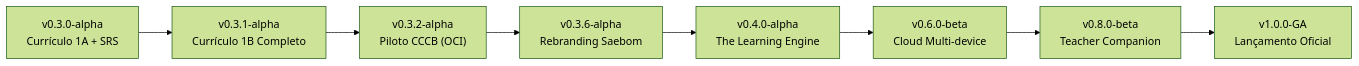
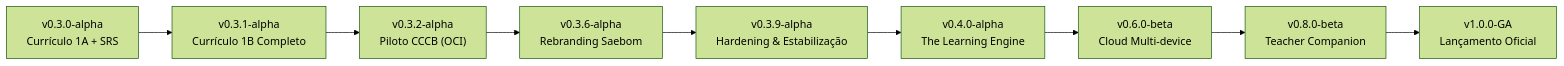
Before and after one commit to EvertonKaylon/sejong-companion: the diagram in DESIGN.md, drawn with Mermaid (forest theme). The commit also changed other lines of this file and 23 other files, not shown here.

````diff
--- a/DESIGN.md
+++ b/DESIGN.md
@@ -335,10 +335,11 @@
 ```mermaid
 flowchart LR
     A1["v0.3.0-alpha<br/>Currículo 1A + SRS"] --> A2["v0.3.1-alpha<br/>Currículo 1B Completo"]
     A2 --> A3["v0.3.2-alpha<br/>Piloto CCCB (OCI)"]
     A3 --> A4["v0.3.6-alpha<br/>Rebranding Saebom"]
-    A4 --> B1["v0.4.0-alpha<br/>The Learning Engine"]
+    A4 --> A5["v0.3.9-alpha<br/>Hardening & Estabilização"]
+    A5 --> B1["v0.4.0-alpha<br/>The Learning Engine"]
     B1 --> B2["v0.6.0-beta<br/>Cloud Multi-device"]
     B2 --> B3["v0.8.0-beta<br/>Teacher Companion"]
     B3 --> R1["v1.0.0-GA<br/>Lançamento Oficial"]
 ```
````
